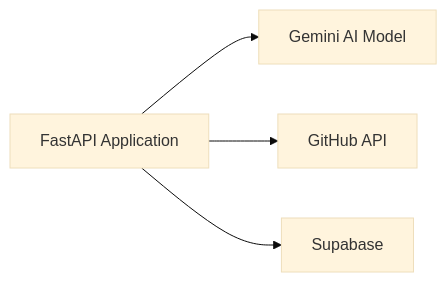
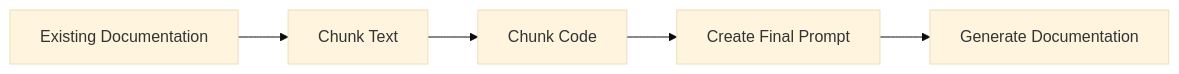
One commit to shivangjain03/github-doc changed the diagram in docs.md. Above: the diagram before and after it, drawn with Mermaid (base theme). The commit also changed other lines of this file, not shown here.

````diff
--- a/docs.md
+++ b/docs.md
@@ -90,6 +53,7 @@
 ```mermaid
 graph LR
-  A[FastAPI Application] --> B[Gemini AI Model]
-  A --> C[GitHub API]
-  A --> D[Supabase]
+A[Existing Documentation] --> B[Chunk Text]
+B --> C[Chunk Code]
+C --> D[Create Final Prompt]
+D --> E[Generate Documentation]
 ```
````
